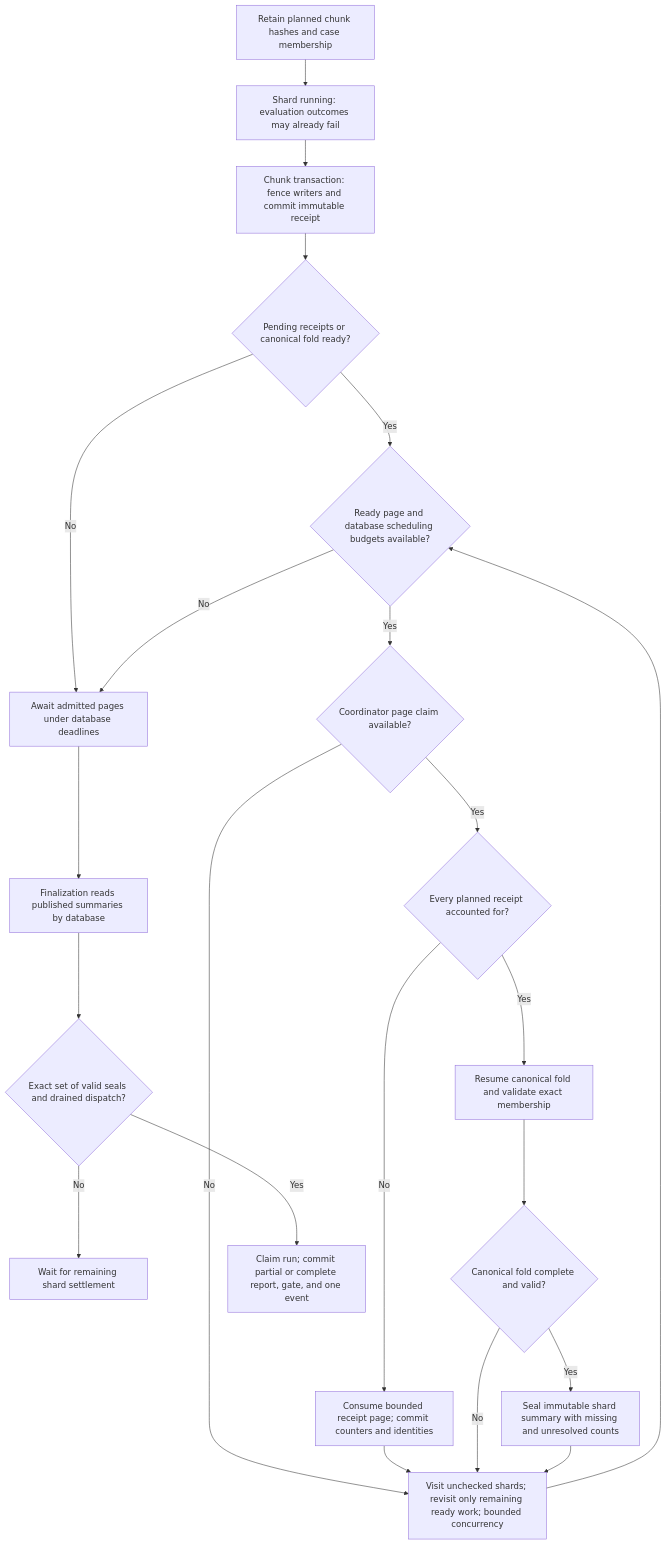
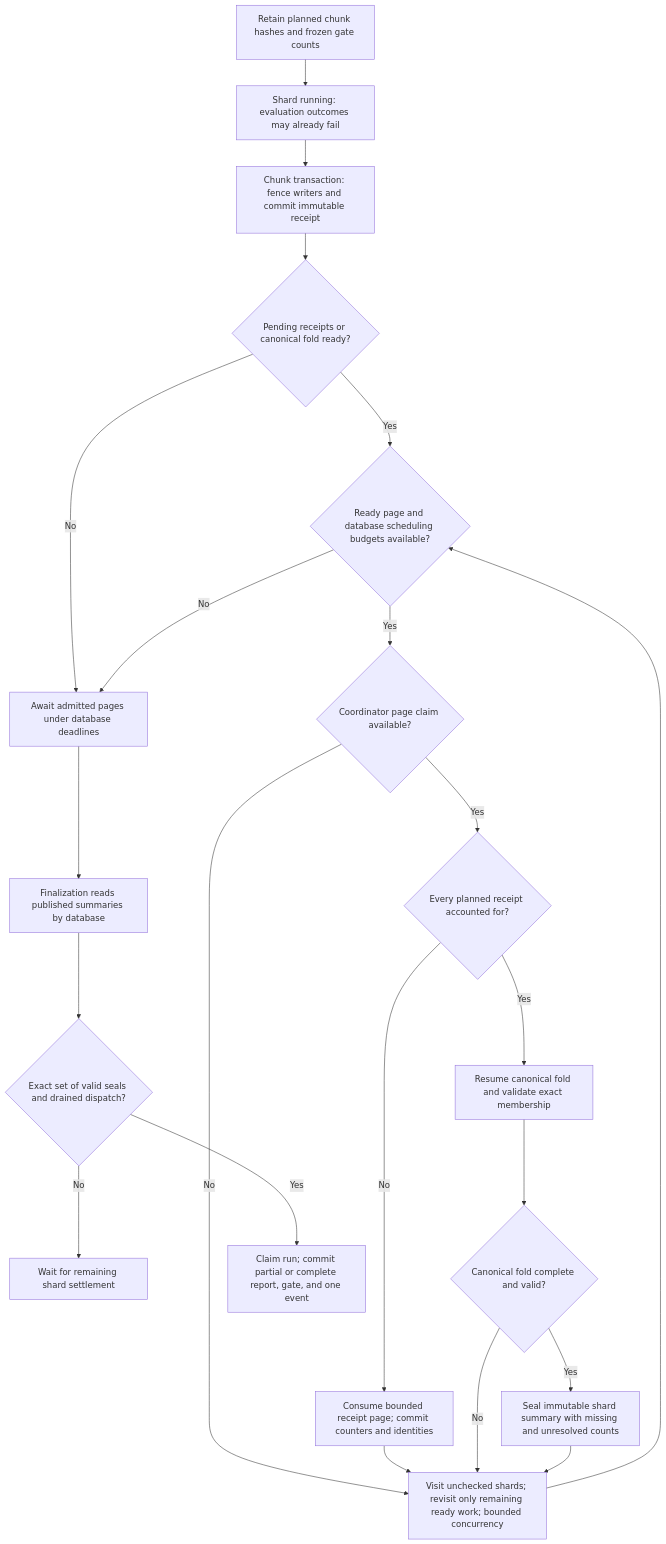
One commit to agent-vigilo/vigilo changed the diagram in web/docs/architecture/state/run-lifecycle/settlement.mmd. Above: the diagram before and after it, drawn with Mermaid. The commit also changed 112 other files, not shown here.

```diff
--- a/web/docs/architecture/state/run-lifecycle/settlement.mmd
+++ b/web/docs/architecture/state/run-lifecycle/settlement.mmd
@@ -1,33 +1,33 @@
 flowchart TD
-    Plan[Retain planned chunk hashes and case membership]
+    Plan[Retain planned chunk hashes and frozen gate counts]
     Open[Shard running: evaluation outcomes may already fail]
     Receipt[Chunk transaction: fence writers and commit immutable receipt]
     Work{Pending receipts or canonical fold ready?}
     Budget{Ready page and database scheduling budgets available?}
     Claim{Coordinator page claim available?}
     Next[Visit unchecked shards; revisit only remaining ready work; bounded concurrency]
     Drain[Await admitted pages under database deadlines]
     Wait[Wait for remaining shard settlement]
     Progress[Consume bounded receipt page; commit counters and identities]
     All{Every planned receipt accounted for?}
     Fold[Resume canonical fold and validate exact membership]
     Folded{Canonical fold complete and valid?}
     Seal[Seal immutable shard summary with missing and unresolved counts]
     Read[Finalization reads published summaries by database]
     Ready{Exact set of valid seals and drained dispatch?}
     Final[Claim run; commit partial or complete report, gate, and one event]
     Plan --> Open --> Receipt --> Work
     Work -- No --> Drain
     Work -- Yes --> Budget
     Budget -- Yes --> Claim
     Budget -- No --> Drain
     Claim -- No --> Next
     Claim -- Yes --> All
     All -- No --> Progress --> Next
     All -- Yes --> Fold --> Folded
     Folded -- No --> Next
     Folded -- Yes --> Seal --> Next
     Next --> Budget
     Drain --> Read --> Ready
     Ready -- No --> Wait
     Ready -- Yes --> Final
```
